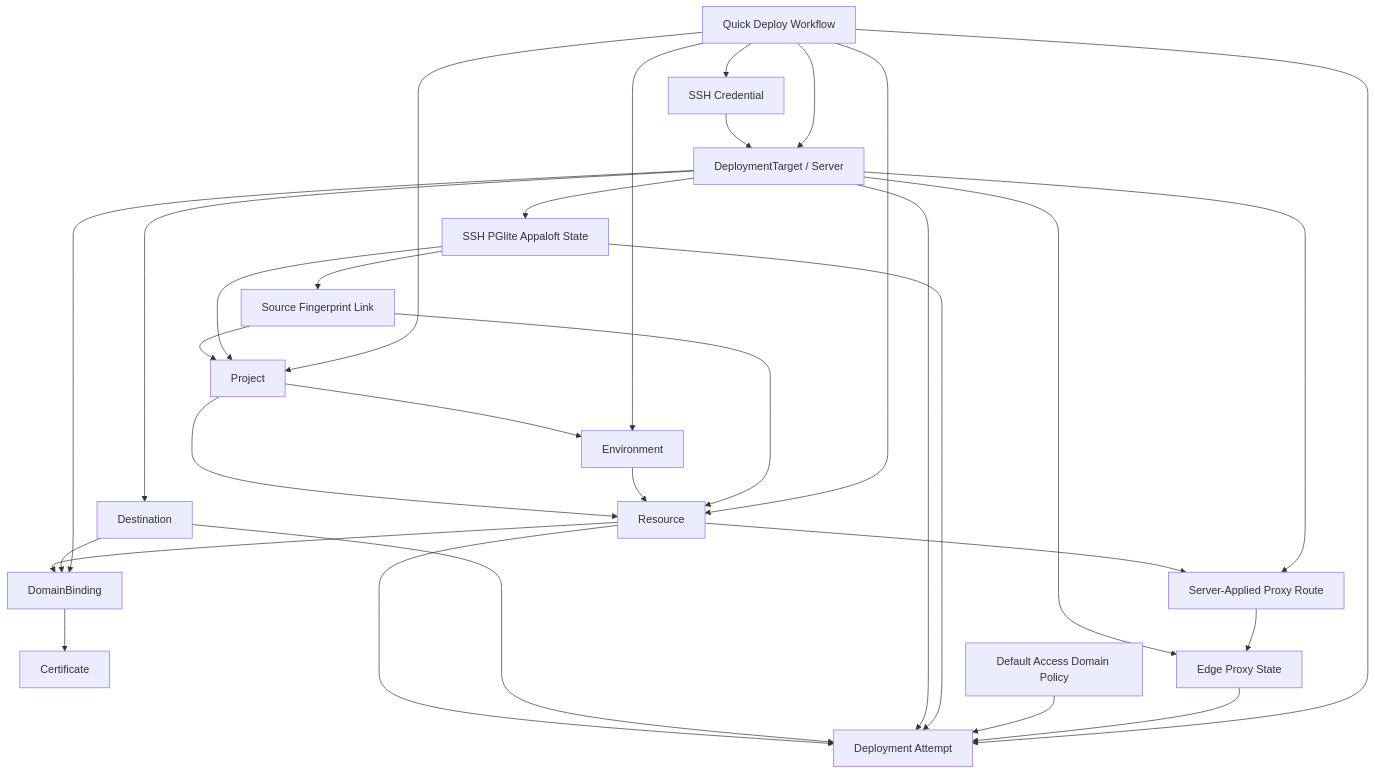
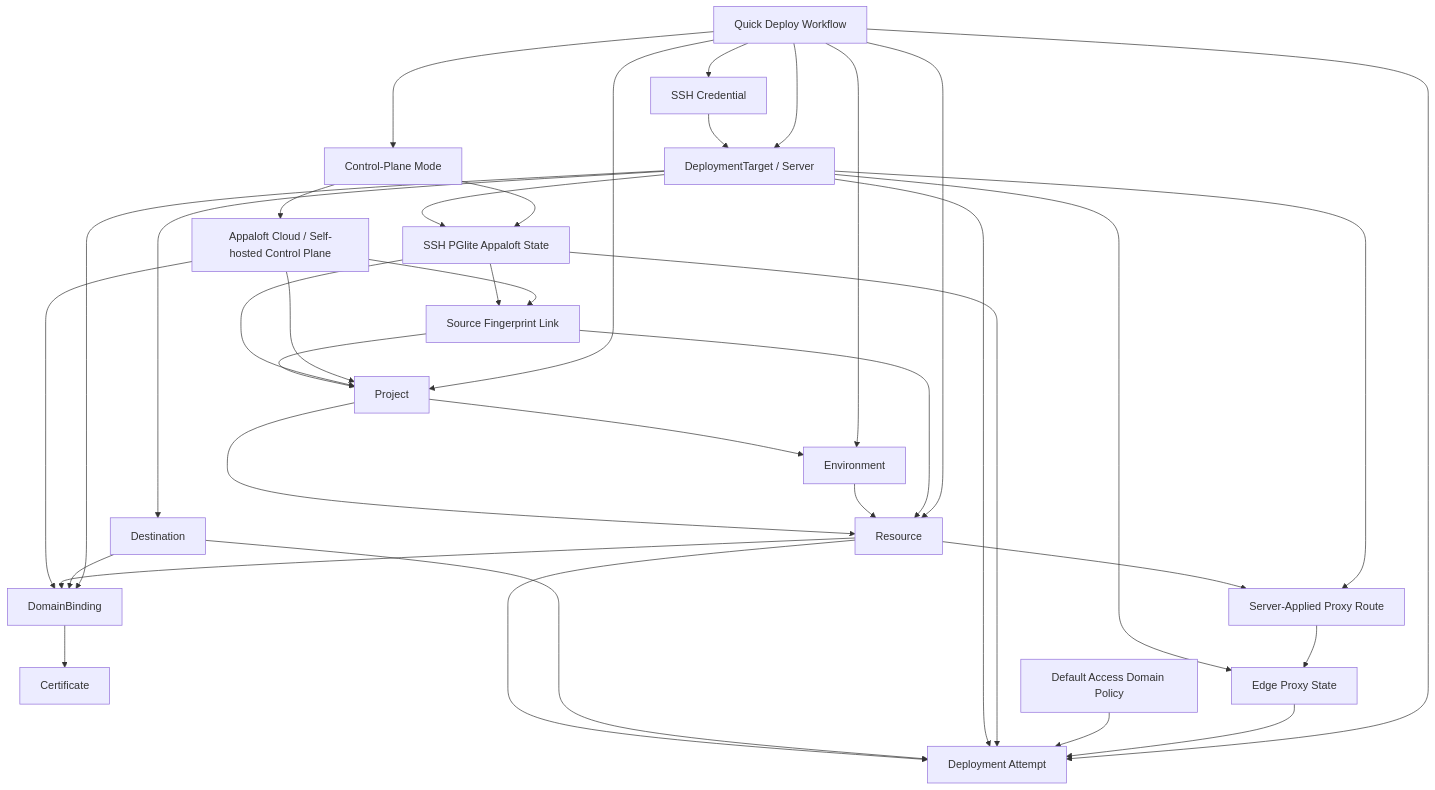
One commit to appaloft/appaloft changed the diagram in docs/BUSINESS_OPERATION_MAP.md. Above: the diagram before and after it, drawn with Mermaid. The commit also changed other lines of this file and 16 other files, not shown here.

Commit message:
docs: specify control plane modes

````diff
--- a/docs/BUSINESS_OPERATION_MAP.md
+++ b/docs/BUSINESS_OPERATION_MAP.md
@@ -95,49 +103,57 @@
 ```mermaid
 flowchart TD
   Project["Project"]
   Environment["Environment"]
   Resource["Resource"]
   Target["DeploymentTarget / Server"]
   Credential["SSH Credential"]
   Destination["Destination"]
   Deployment["Deployment Attempt"]
   DomainBinding["DomainBinding"]
   Certificate["Certificate"]
   AccessPolicy["Default Access Domain Policy"]
   Proxy["Edge Proxy State"]
   RemoteState["SSH PGlite Appaloft State"]
   SourceLink["Source Fingerprint Link"]
   ServerRoute["Server-Applied Proxy Route"]
+  ControlPlane["Control-Plane Mode"]
+  Cloud["Appaloft Cloud / Self-hosted Control Plane"]
 
   Project --> Environment
   Project --> Resource
   Environment --> Resource
   Resource --> Deployment
   Target --> Destination
   Credential --> Target
   Destination --> Deployment
   Target --> Deployment
   Target --> Proxy
   Target --> RemoteState
   RemoteState --> SourceLink
   SourceLink --> Project
   SourceLink --> Resource
   RemoteState --> Project
   RemoteState --> Deployment
   AccessPolicy --> Deployment
   Proxy --> Deployment
   Resource --> ServerRoute
   Target --> ServerRoute
   ServerRoute --> Proxy
+  ControlPlane --> RemoteState
+  ControlPlane --> Cloud
+  Cloud --> Project
+  Cloud --> SourceLink
+  Cloud --> DomainBinding
   Resource --> DomainBinding
   Destination --> DomainBinding
   Target --> DomainBinding
   DomainBinding --> Certificate
 
   QuickDeploy["Quick Deploy Workflow"] --> Project
   QuickDeploy --> Environment
   QuickDeploy --> Target
   QuickDeploy --> Credential
   QuickDeploy --> Resource
   QuickDeploy --> Deployment
+  QuickDeploy --> ControlPlane
 ```
````
